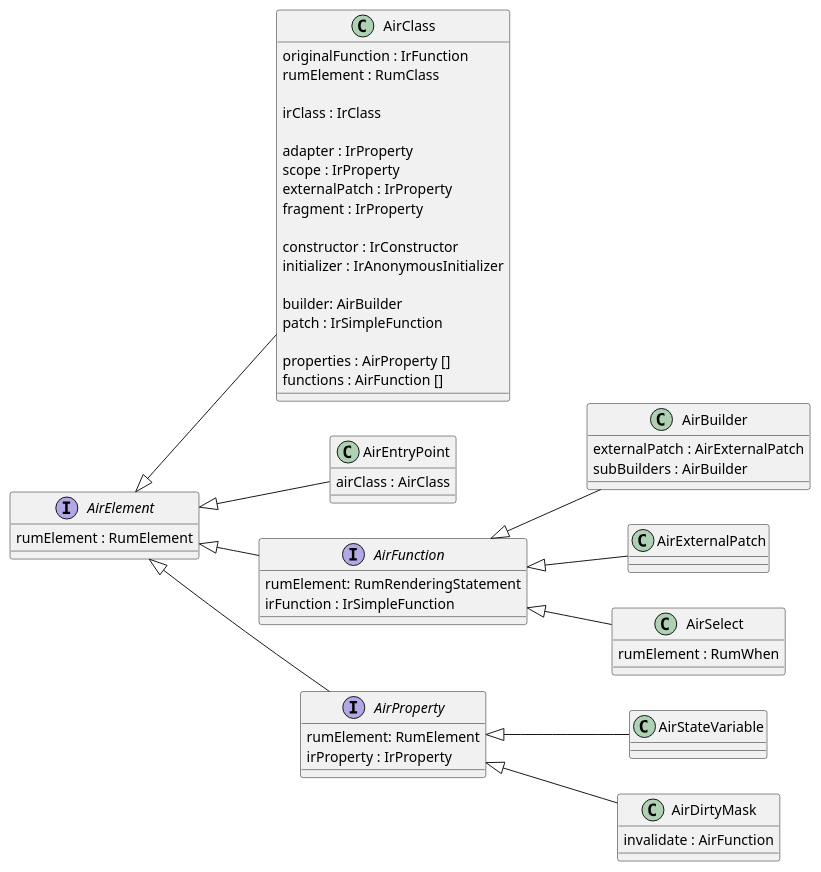
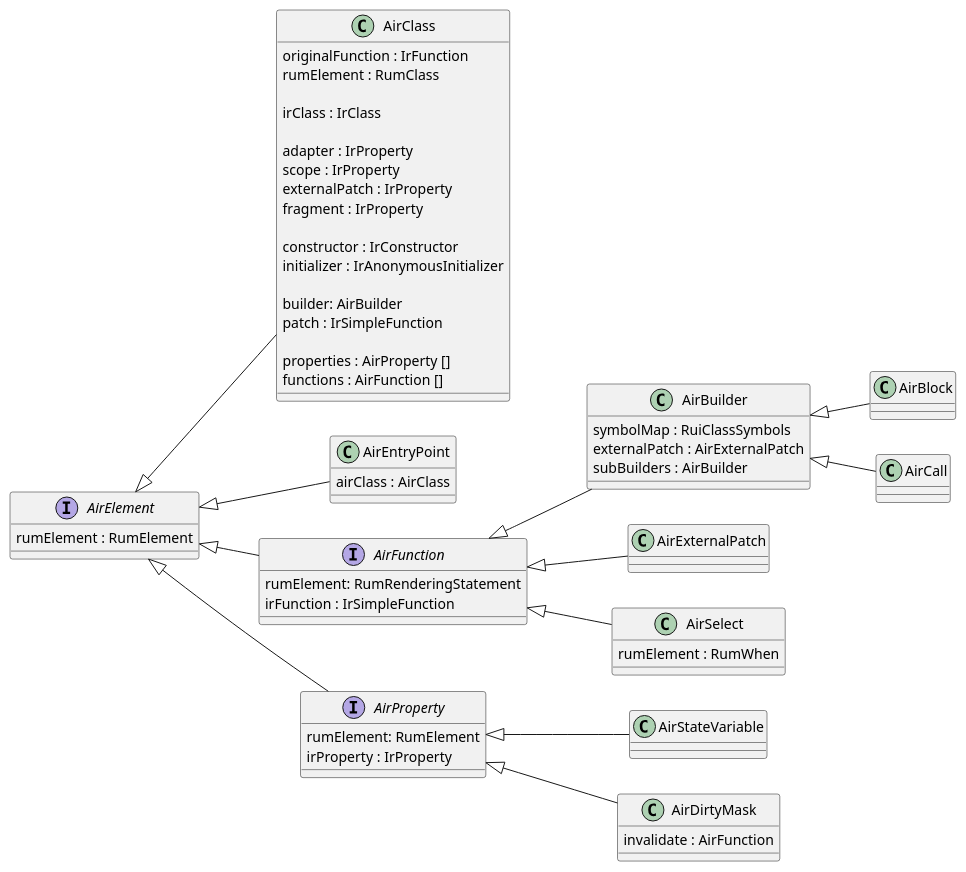
One commit to spxbhuhb/rui changed the diagram in doc/internals/Air.puml. Above: the diagram before and after it, drawn with PlantUML. The commit also changed 41 other files, not shown here.

```diff
--- a/doc/internals/Air.puml
+++ b/doc/internals/Air.puml
@@ -1,70 +1,77 @@
 @startuml
 
 left to right direction
 
 class AirClass {
     originalFunction : IrFunction
     rumElement : RumClass
 
     irClass : IrClass
 
     adapter : IrProperty
     scope : IrProperty
     externalPatch : IrProperty
     fragment : IrProperty
 
     constructor : IrConstructor
     initializer : IrAnonymousInitializer
 
     builder: AirBuilder
     patch : IrSimpleFunction
 
     properties : AirProperty []
     functions : AirFunction []
 }
 AirElement <|-- AirClass
 
 class AirEntryPoint {
     airClass : AirClass
 }
 AirElement <|-- AirEntryPoint
 
+class AirBlock
+AirBuilder <|-- AirBlock
+
+class AirCall
+AirBuilder <|-- AirCall
+
 class AirBuilder {
+    symbolMap : RuiClassSymbols
     externalPatch : AirExternalPatch
     subBuilders : AirBuilder
 }
 AirFunction <|-- AirBuilder
 
 class AirExternalPatch
 AirFunction <|-- AirExternalPatch
 
 class AirSelect {
     rumElement : RumWhen
 }
 AirFunction <|-- AirSelect
 
 interface AirFunction {
     rumElement: RumRenderingStatement
     irFunction : IrSimpleFunction
 }
 AirElement <|-- AirFunction
 
 class AirStateVariable
 AirProperty <|-- AirStateVariable
 
 class AirDirtyMask {
     invalidate : AirFunction
 }
 AirProperty <|-- AirDirtyMask
 
 interface AirProperty {
     rumElement: RumElement
     irProperty : IrProperty
 }
 AirElement <|-- AirProperty
 
 interface AirElement {
     rumElement : RumElement
 }
 
 @enduml
```
